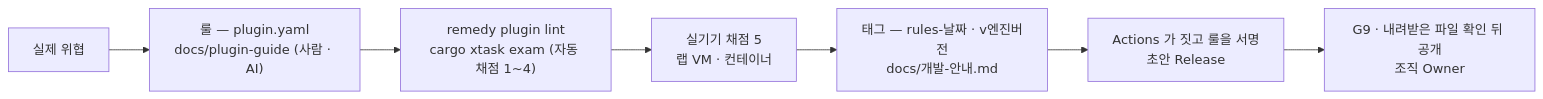
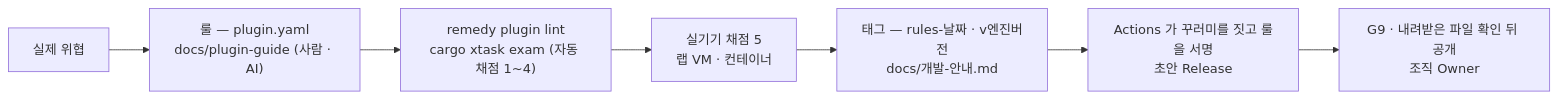
Diagram 21 of 21 in docs/remedy-전체-그림.md (ESTsecurity/remedy), drawn with Mermaid before and after one commit. The commit also changed other lines of this file and 14 other files, not shown here.

````diff
--- a/docs/remedy-전체-그림.md
+++ b/docs/remedy-전체-그림.md
@@ -1028,9 +1028,9 @@
 ```mermaid
 flowchart LR
     T["실제 위협"] --> R["룰 — plugin.yaml<br/>docs/plugin-guide (사람 · AI)"]
     R --> L["remedy plugin lint<br/>cargo xtask exam (자동 채점 1~4)"]
     L --> M["실기기 채점 5<br/>랩 VM · 컨테이너"]
     M --> P["태그 — rules-날짜 · v엔진버전<br/>docs/개발-안내.md"]
-    P --> S["Actions 가 짓고 룰을 서명<br/>초안 Release"]
+    P --> S["Actions 가 꾸러미를 짓고 룰을 서명<br/>초안 Release"]
     S --> SG["G9 · 내려받은 파일 확인 뒤 공개<br/>조직 Owner"]
 ```
````
